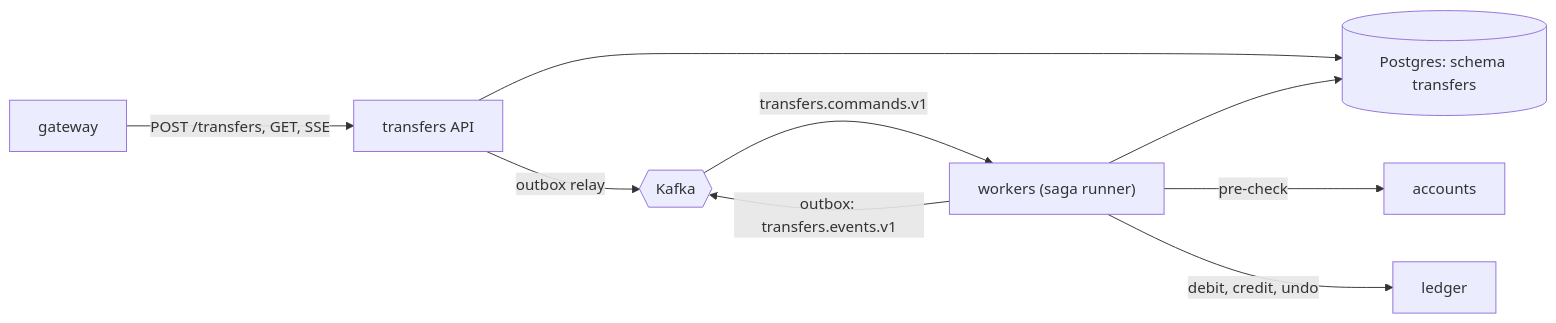
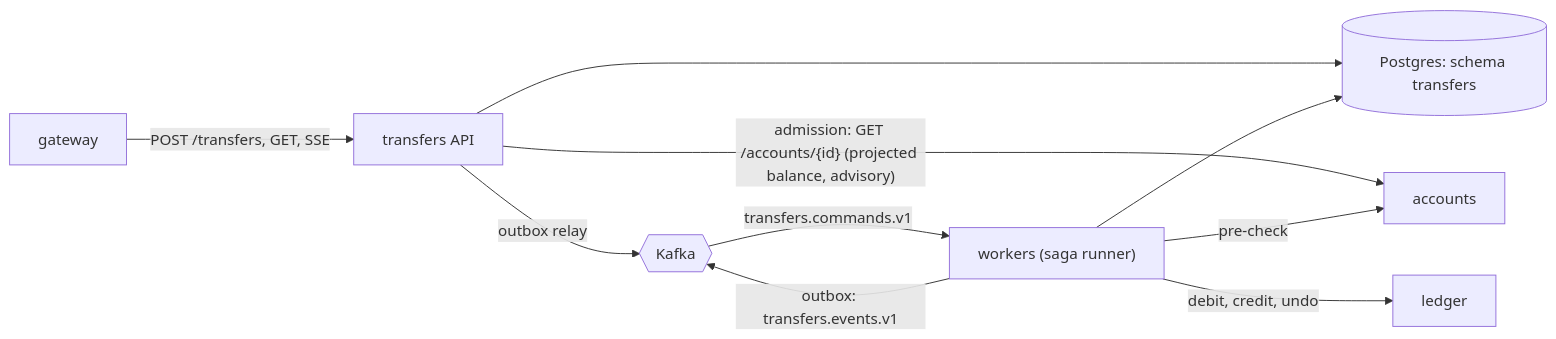
One commit to GodwinJacobR/mock-bank changed the diagram in docs/transfers/README.md. Above: the diagram before and after it, drawn with Mermaid. The commit also changed other lines of this file and 18 other files, not shown here.

Commit message:
Spec and document accounts balance projection fed by ledger events

````diff
--- a/docs/transfers/README.md
+++ b/docs/transfers/README.md
@@ -22,11 +22,12 @@
 ```mermaid
 flowchart LR
   GW[gateway] -- "POST /transfers, GET, SSE" --> API[transfers API]
   API --> PG[("Postgres: schema transfers")]
+  API -- "admission: GET /accounts/{id} (projected balance, advisory)" --> ACC[accounts]
   API -- "outbox relay" --> K{{Kafka}}
   K -- "transfers.commands.v1" --> W["workers (saga runner)"]
   W --> PG
   W -- "pre-check" --> ACC[accounts]
   W -- "debit, credit, undo" --> LED[ledger]
   W -- "outbox: transfers.events.v1" --> K
 ```
````
